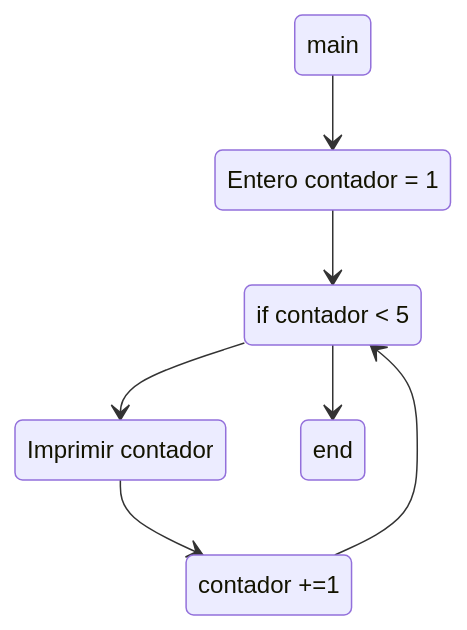
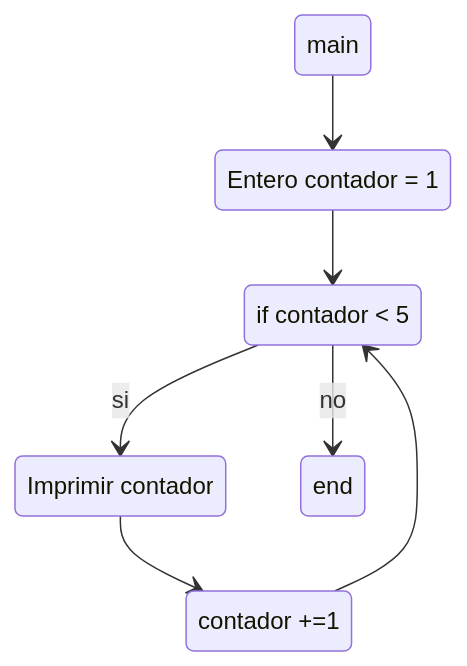
Before and after one commit to ValentinJM/TP-8: the diagram in Ejercicios/3.md, drawn with Mermaid.

````diff
--- a/Ejercicios/3.md
+++ b/Ejercicios/3.md
@@ -1,16 +1,16 @@
 ```mermaid
 stateDiagram-v2
 state "Entero contador = 1" as cont
 state "if contador < 5" as cond
 state "Imprimir contador" as print
 state "contador +=1" as suma
     main --> cont
     cont --> cond
-    cond --> print
+    cond --> print: si
+    cond --> end: no
     print --> suma
     suma --> cond
-    cond --> end
     
     
  
 ```
````
